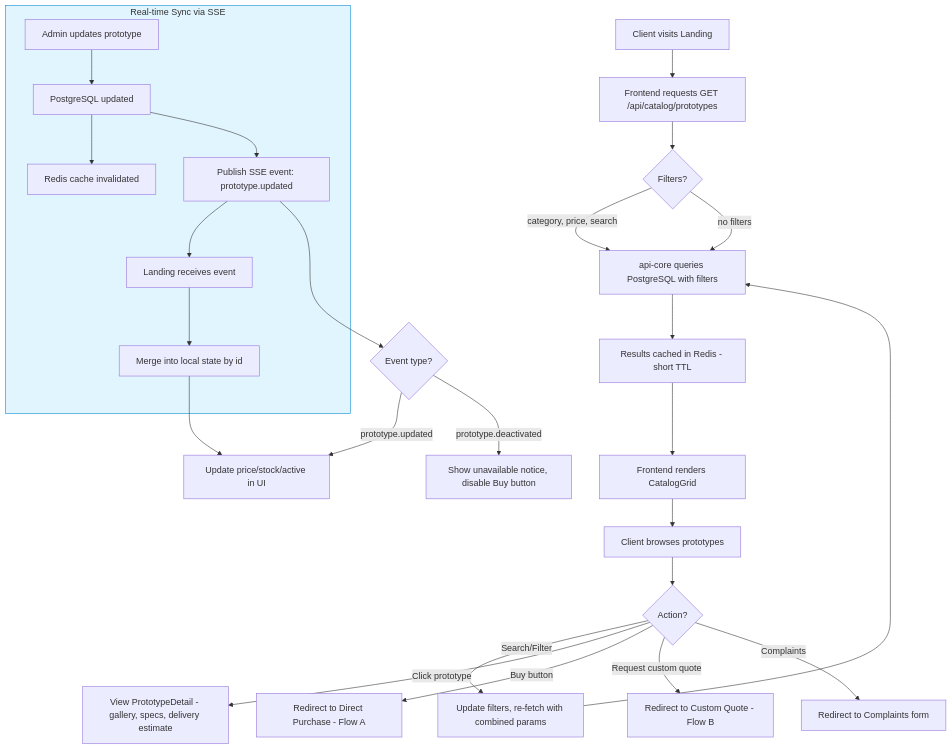
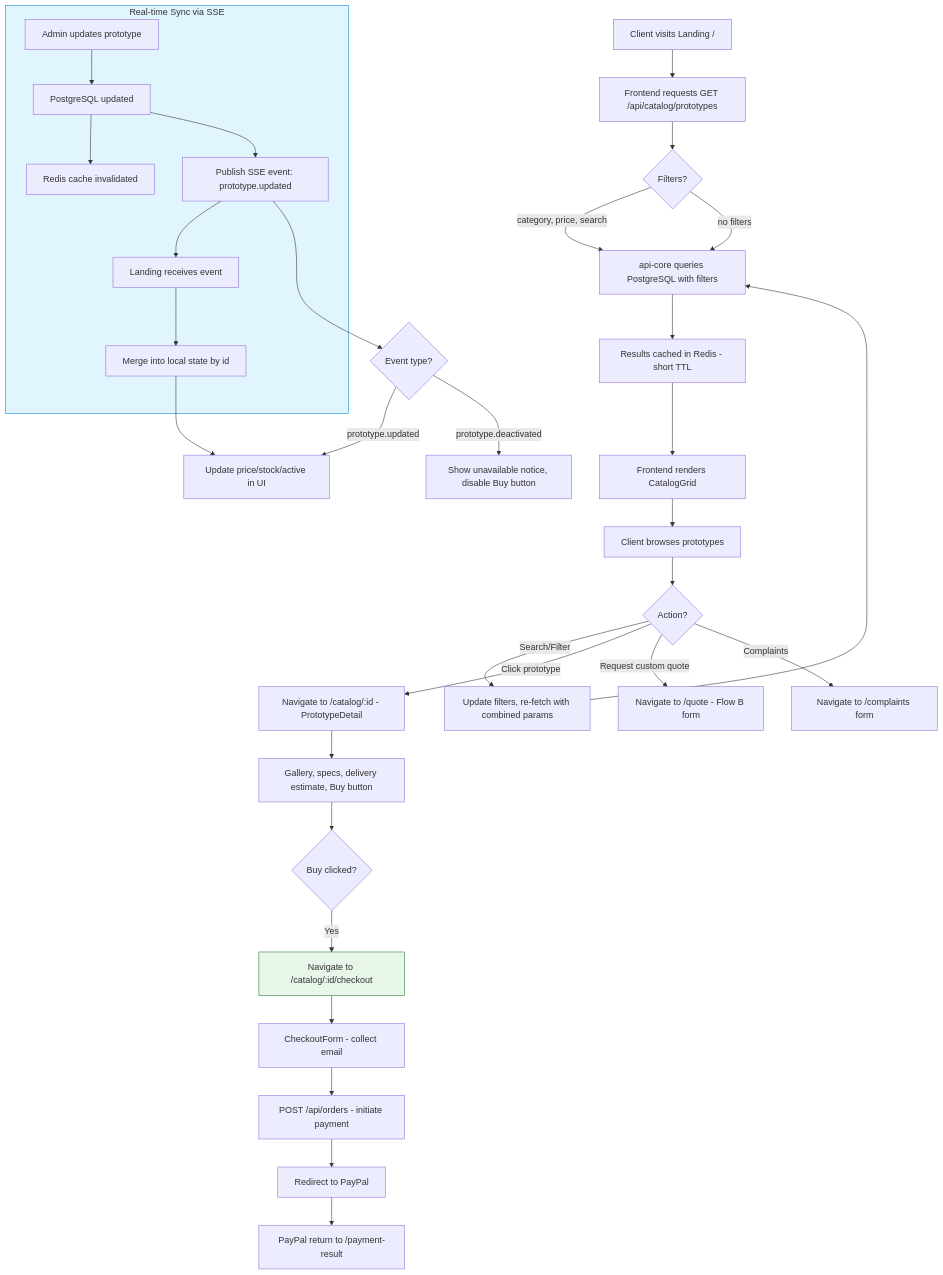
Before and after one commit to pabloacisera/Hackaton-kiro_modulapp: the diagram in flows/flows-mmd/feature-catalog-landing.mmd, drawn with Mermaid. The commit also changed 5 other files, not shown here.

First line of the commit message:
docs(flows): update flow documentation to reflect current implementation

````diff
--- a/flows/flows-mmd/feature-catalog-landing.mmd
+++ b/flows/flows-mmd/feature-catalog-landing.mmd
@@ -1,31 +1,41 @@
+```mermaid
 flowchart TD
-    A[Client visits Landing] --> B[Frontend requests GET /api/catalog/prototypes]
+    A[Client visits Landing /] --> B[Frontend requests GET /api/catalog/prototypes]
     B --> C{Filters?}
     C -->|category, price, search| D[api-core queries PostgreSQL with filters]
     C -->|no filters| D
     D --> E[Results cached in Redis - short TTL]
     E --> F[Frontend renders CatalogGrid]
     F --> G[Client browses prototypes]
     G --> H{Action?}
     H -->|Search/Filter| I[Update filters, re-fetch with combined params]
     I --> D
-    H -->|Click prototype| J[View PrototypeDetail - gallery, specs, delivery estimate]
-    H -->|Buy button| K[Redirect to Direct Purchase - Flow A]
-    H -->|Request custom quote| L[Redirect to Custom Quote - Flow B]
-    H -->|Complaints| M[Redirect to Complaints form]
+    H -->|Click prototype| J[Navigate to /catalog/:id - PrototypeDetail]
+    J --> J1[Gallery, specs, delivery estimate, Buy button]
+    H -->|Request custom quote| L[Navigate to /quote - Flow B form]
+    H -->|Complaints| M[Navigate to /complaints form]
+
+    J1 --> J2{Buy clicked?}
+    J2 -->|Yes| K[Navigate to /catalog/:id/checkout]
+    K --> K1[CheckoutForm - collect email]
+    K1 --> K2[POST /api/orders - initiate payment]
+    K2 --> K3[Redirect to PayPal]
+    K3 --> K4[PayPal return to /payment-result]
 
     subgraph SSE[Real-time Sync via SSE]
         N[Admin updates prototype] --> O[PostgreSQL updated]
         O --> P[Redis cache invalidated]
         O --> Q[Publish SSE event: prototype.updated]
         Q --> R[Landing receives event]
         R --> S[Merge into local state by id]
     end
 
     Q --> T{Event type?}
     T -->|prototype.updated| U[Update price/stock/active in UI]
     T -->|prototype.deactivated| V[Show unavailable notice, disable Buy button]
 
     S --> U
 
     style SSE fill:#e1f5fe,stroke:#0288d1
+    style K fill:#e8f5e9,stroke:#2e7d32
+```
````
